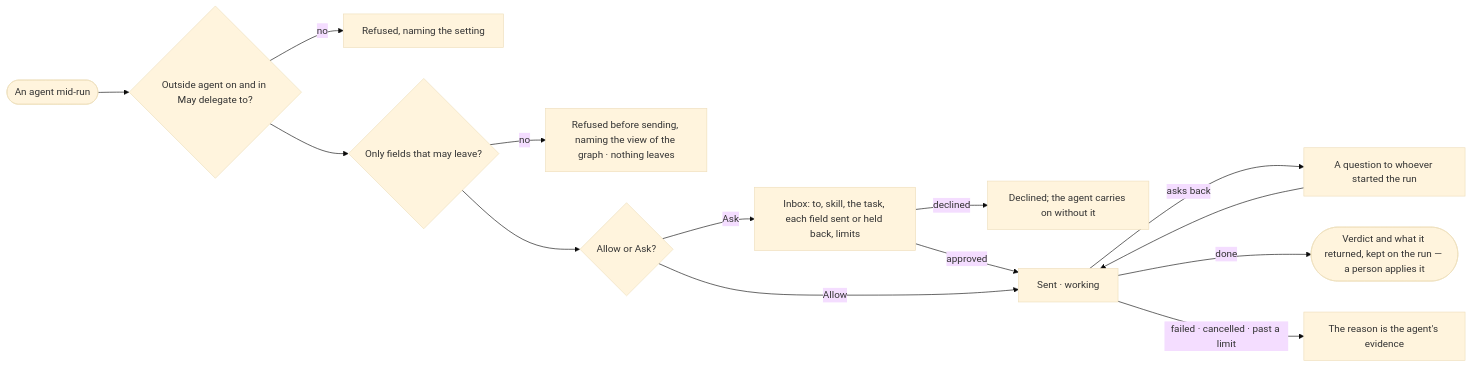
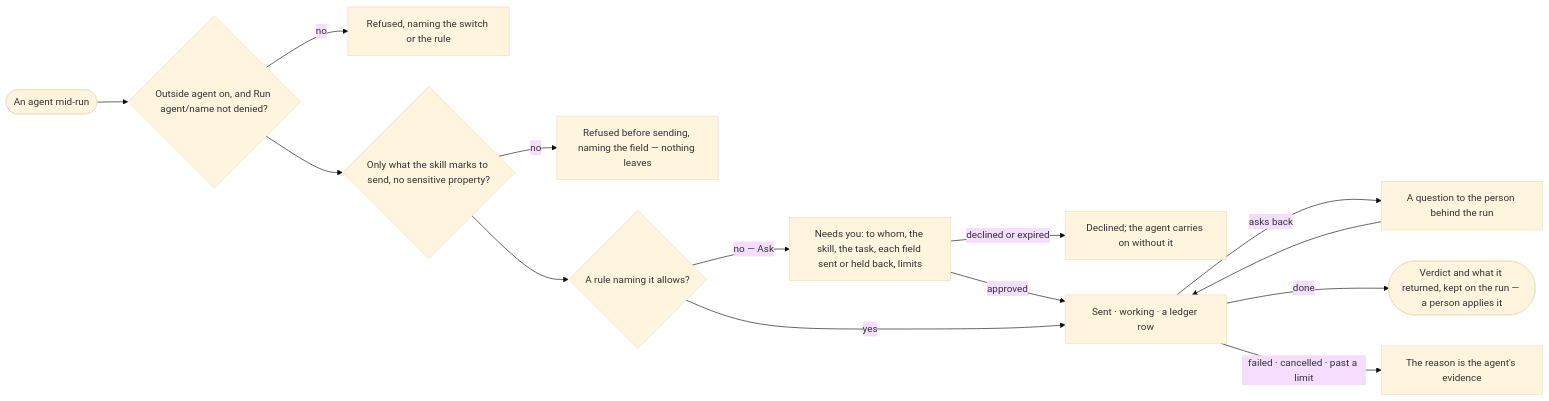
The diagram in specs/capabilities/agents/features/AG-F05-delegation-and-outside-agents/stories/AG-34-hand-a-fix-to-an-outside-agent-and-get-its-result-back/story.md (invana/invana), drawn with Mermaid (base theme) before and after one commit. The commit also changed other lines of this file and 522 other files, not shown here.

````diff
--- a/specs/capabilities/agents/features/AG-F05-delegation-and-outside-agents/stories/AG-34-hand-a-fix-to-an-outside-agent-and-get-its-result-back/story.md
+++ b/specs/capabilities/agents/features/AG-F05-delegation-and-outside-agents/stories/AG-34-hand-a-fix-to-an-outside-agent-and-get-its-result-back/story.md
@@ -27,15 +28,15 @@
 ```mermaid
 flowchart LR
-  a([An agent mid-run]) --> e{"Outside agent on and in May delegate to?"}
-  e -->|no| r1["Refused, naming the setting"]
-  e --> w{"Only fields that may leave?"}
-  w -->|no| r2["Refused before sending, naming the view of the graph · nothing leaves"]
-  w --> k{"Allow or Ask?"}
-  k -->|Ask| i["Inbox: to, skill, the task, each field sent or held back, limits"]
-  i -->|declined| d["Declined; the agent carries on without it"]
+  a([An agent mid-run]) --> e{"Outside agent on, and Run agent/name not denied?"}
+  e -->|no| r1["Refused, naming the switch or the rule"]
+  e --> w{"Only what the skill marks to send, no sensitive property?"}
+  w -->|no| r2["Refused before sending, naming the field — nothing leaves"]
+  w --> k{"A rule naming it allows?"}
+  k -->|no — Ask| i["Needs you: to whom, the skill, the task, each field sent or held back, limits"]
+  i -->|declined or expired| d["Declined; the agent carries on without it"]
   i -->|approved| s
-  k -->|Allow| s["Sent · working"]
-  s -->|asks back| q["A question to whoever started the run"] --> s
+  k -->|yes| s["Sent · working · a ledger row"]
+  s -->|asks back| q["A question to the person behind the run"] --> s
   s -->|done| v(["Verdict and what it returned, kept on the run — a person applies it"])
   s -->|failed · cancelled · past a limit| f["The reason is the agent's evidence"]
 ```
````
